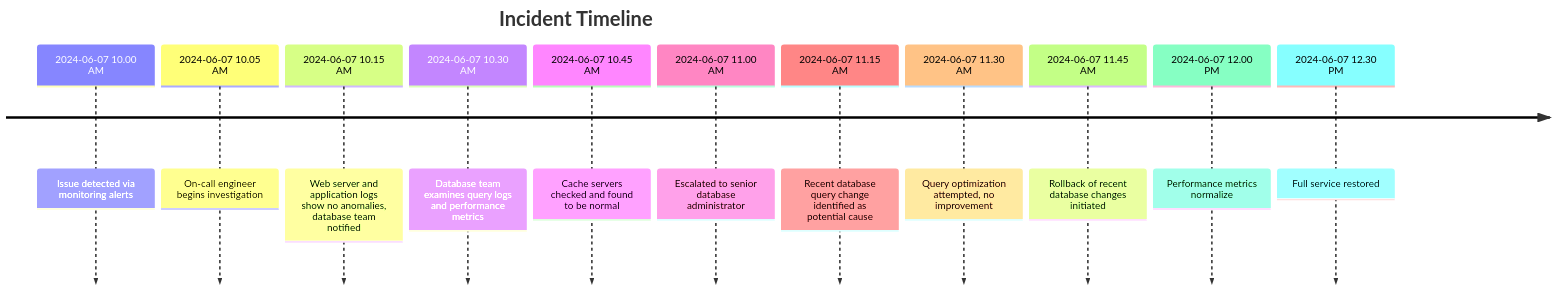
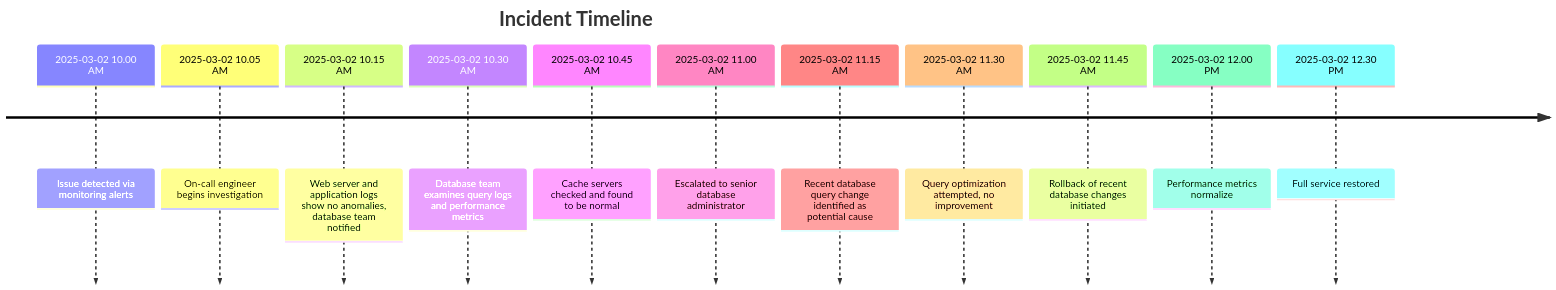
The diagram in 0x19-postmortem/Post2.md (Topazytee/alx-system_engineering-devops), drawn with Mermaid before and after one commit.

````diff
--- a/0x19-postmortem/Post2.md
+++ b/0x19-postmortem/Post2.md
@@ -17,15 +17,15 @@
 ```mermaid
 timeline
     title Incident Timeline
-    2024-06-07 10.00 AM : Issue detected via monitoring alerts
-    2024-06-07 10.05 AM : On-call engineer begins investigation
-    2024-06-07 10.15 AM : Web server and application logs show no anomalies, database team notified
-    2024-06-07 10.30 AM : Database team examines query logs and performance metrics
-    2024-06-07 10.45 AM : Cache servers checked and found to be normal
-    2024-06-07 11.00 AM : Escalated to senior database administrator
-    2024-06-07 11.15 AM : Recent database query change identified as potential cause
-    2024-06-07 11.30 AM : Query optimization attempted, no improvement
-    2024-06-07 11.45 AM : Rollback of recent database changes initiated
-    2024-06-07 12.00 PM : Performance metrics normalize
-    2024-06-07 12.30 PM : Full service restored
+    2025-03-02 10.00 AM : Issue detected via monitoring alerts
+    2025-03-02 10.05 AM : On-call engineer begins investigation
+    2025-03-02 10.15 AM : Web server and application logs show no anomalies, database team notified
+    2025-03-02 10.30 AM : Database team examines query logs and performance metrics
+    2025-03-02 10.45 AM : Cache servers checked and found to be normal
+    2025-03-02 11.00 AM : Escalated to senior database administrator
+    2025-03-02 11.15 AM : Recent database query change identified as potential cause
+    2025-03-02 11.30 AM : Query optimization attempted, no improvement
+    2025-03-02 11.45 AM : Rollback of recent database changes initiated
+    2025-03-02 12.00 PM : Performance metrics normalize
+    2025-03-02 12.30 PM : Full service restored
 ```
````
